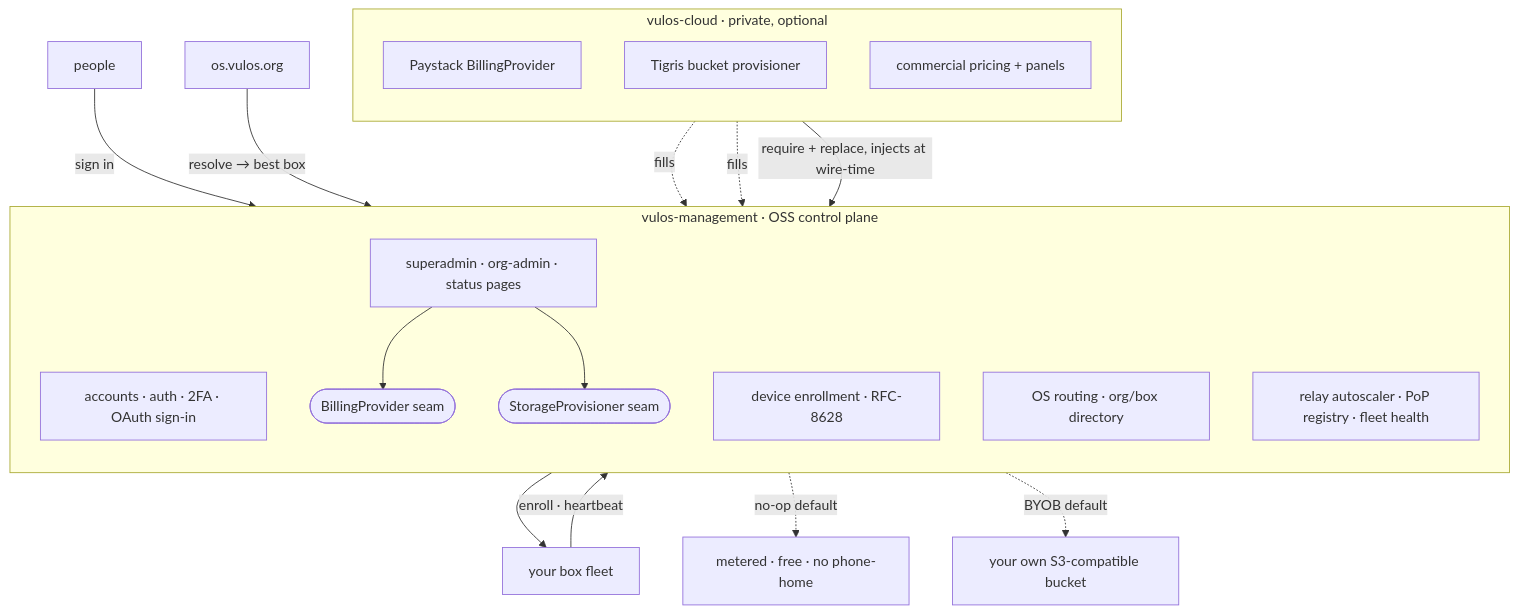
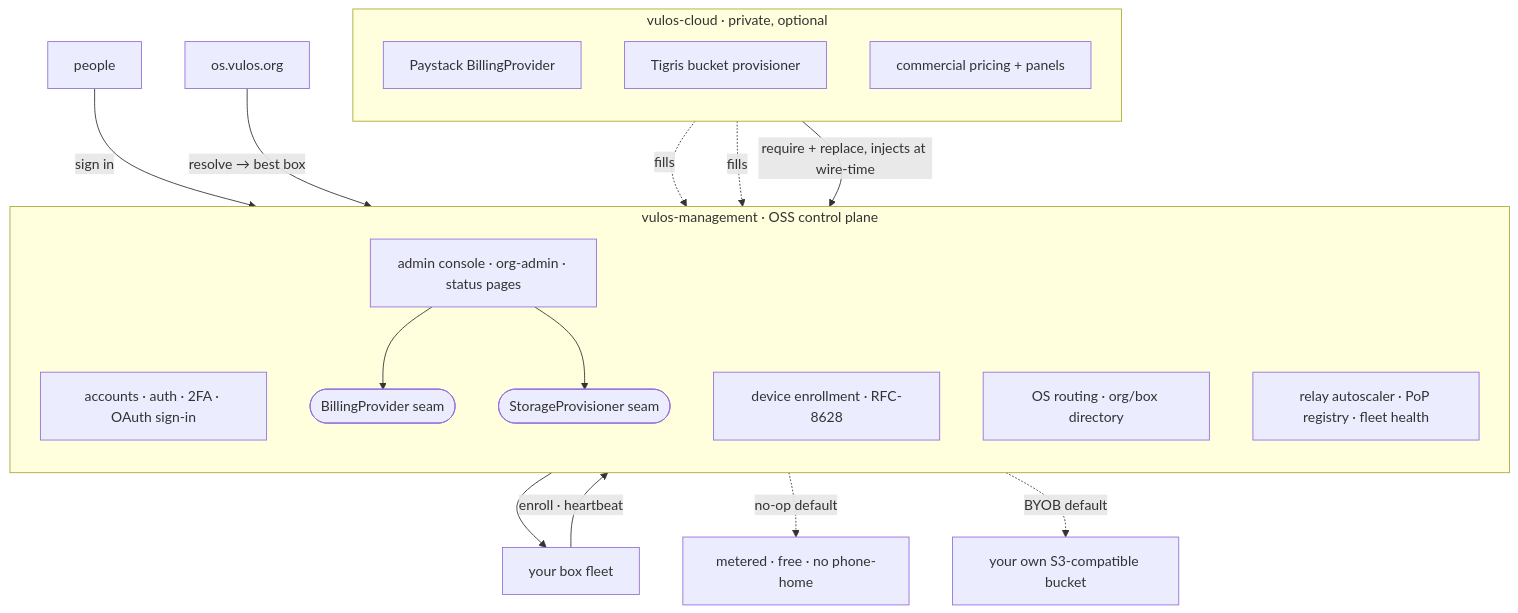
The diagram in README.md (vul-os/vulos), drawn with Mermaid before and after one commit. The commit also changed other lines of this file and 5 other files, not shown here.

First line of the commit message:
docs: rename "superadmin console" -> "admin console" (0.1.2)

````diff
--- a/README.md
+++ b/README.md
@@ -83,35 +83,35 @@
 ```mermaid
 flowchart TD
     users["people"] -->|sign in| auth
     boxes["your box fleet"] -->|enroll · heartbeat| enroll
     dns["os.vulos.org"] -->|resolve → best box| routing
 
     subgraph mgmt["vulos-management · OSS control plane"]
         direction TB
         auth["accounts · auth · 2FA · OAuth sign-in"]
         enroll["device enrollment · RFC-8628"]
         routing["OS routing · org/box directory"]
         relay["relay autoscaler · PoP registry · fleet health"]
-        admin["superadmin · org-admin · status pages"]
+        admin["admin console · org-admin · status pages"]
         billseam(["BillingProvider seam"])
         storeseam(["StorageProvisioner seam"])
     end
 
     admin --> billseam
     admin --> storeseam
     relay --> boxes
 
     billseam -. no-op default .-> free["metered · free · no phone-home"]
     storeseam -. BYOB default .-> byob["your own S3-compatible bucket"]
 
     subgraph cloud["vulos-cloud · private, optional"]
         direction TB
         paystack["Paystack BillingProvider"]
         tigris["Tigris bucket provisioner"]
         pricing["commercial pricing + panels"]
     end
 
     cloud -->|require + replace, injects at wire-time| mgmt
     paystack -.fills.-> billseam
     tigris -.fills.-> storeseam
 ```
````
